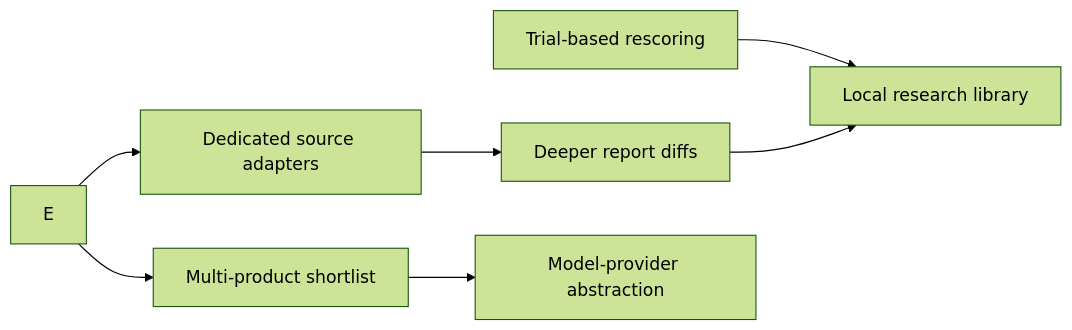
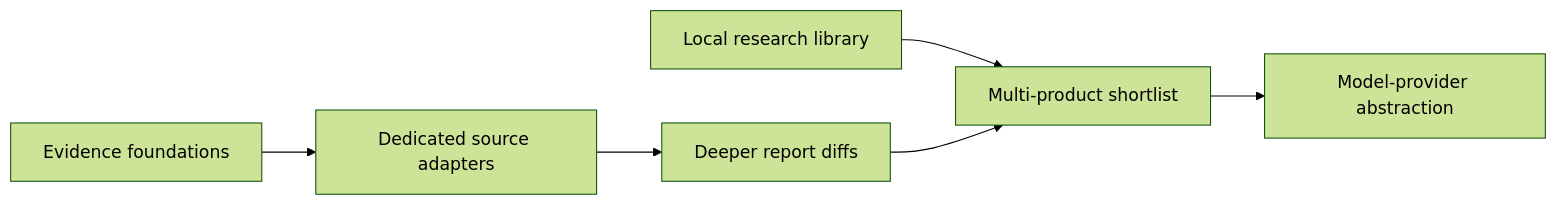
Before and after one commit to wp043/fitlens: the fifth of 5 diagrams in README.md, drawn with Mermaid (forest theme). The commit also changed other lines of this file and 5 other files, not shown here.

Commit message:
feat(library): add local research search

````diff
--- a/README.md
+++ b/README.md
@@ -353,9 +377,8 @@
 ```mermaid
 flowchart LR
-    T[Trial-based rescoring] --> L[Local research library]
-    E --> A[Dedicated source adapters]
+    E[Evidence foundations] --> A[Dedicated source adapters]
     A --> D[Deeper report diffs]
-    D --> L[Local research library]
-    E --> N[Multi-product shortlist]
+    L[Local research library] --> N[Multi-product shortlist]
+    D --> N
     N --> P[Model-provider abstraction]
 ```
````
